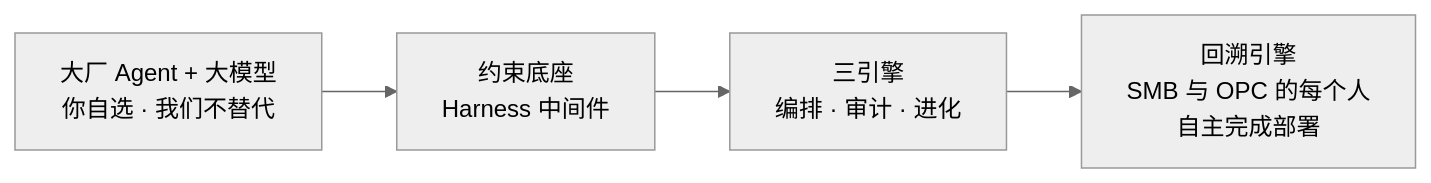
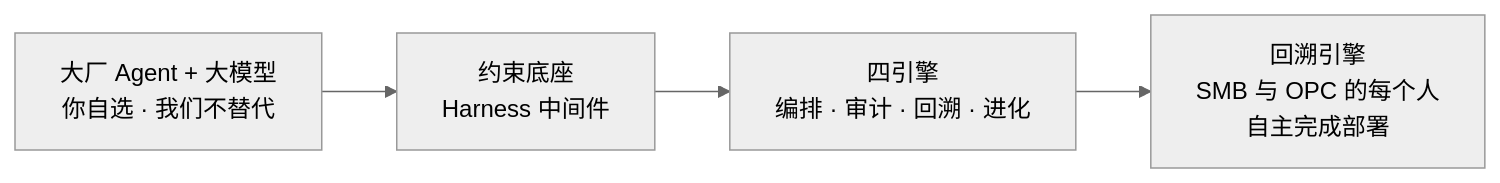
The diagram in FDE/FDE.md (KongFangXun/sofagent), drawn with Mermaid (neutral theme) before and after one commit. The commit also changed 3 other files, not shown here.

````diff
--- a/FDE/FDE.md
+++ b/FDE/FDE.md
@@ -49,6 +49,6 @@
 ```mermaid
 graph LR
     A[大厂 Agent + 大模型<br/>你自选 · 我们不替代] --> B[约束底座<br/>Harness 中间件]
-    B --> C[三引擎<br/>编排 · 审计 · 进化]
+    B --> C[四引擎<br/>编排 · 审计 · 回溯 · 进化]
     C --> D[回溯引擎<br/>SMB 与 OPC 的每个人<br/>自主完成部署]
 ```
````
